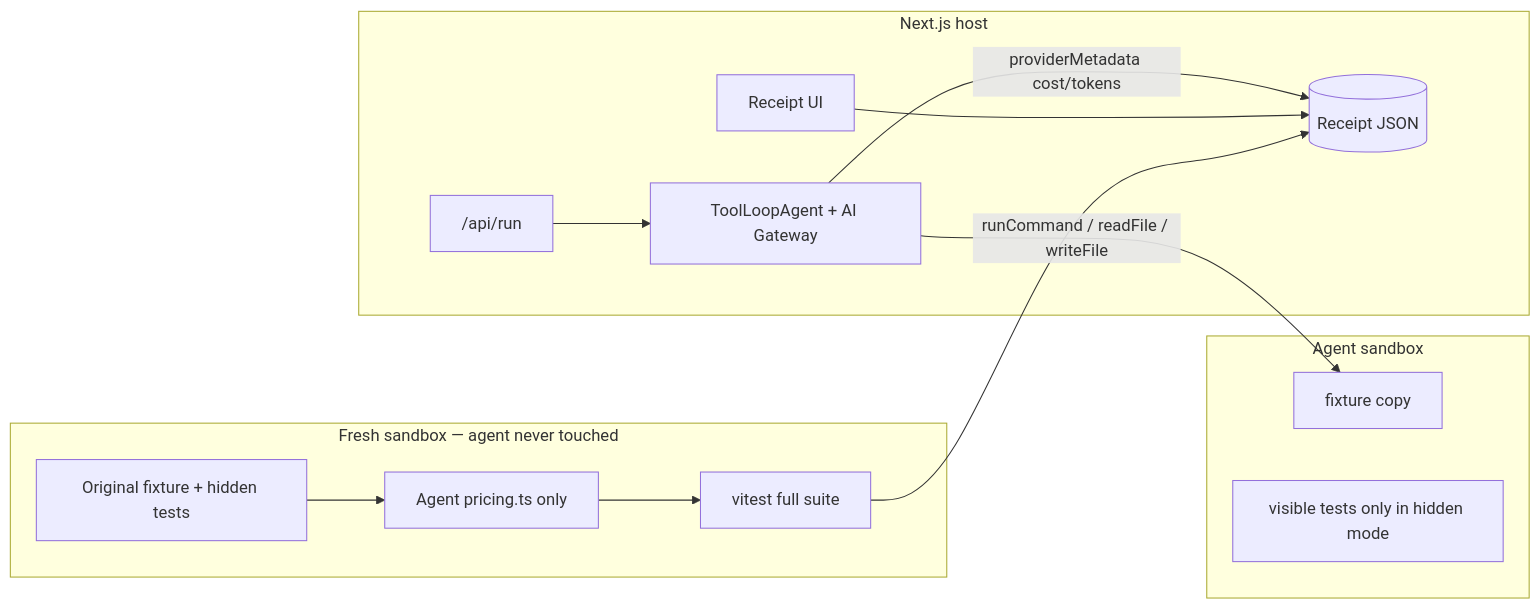
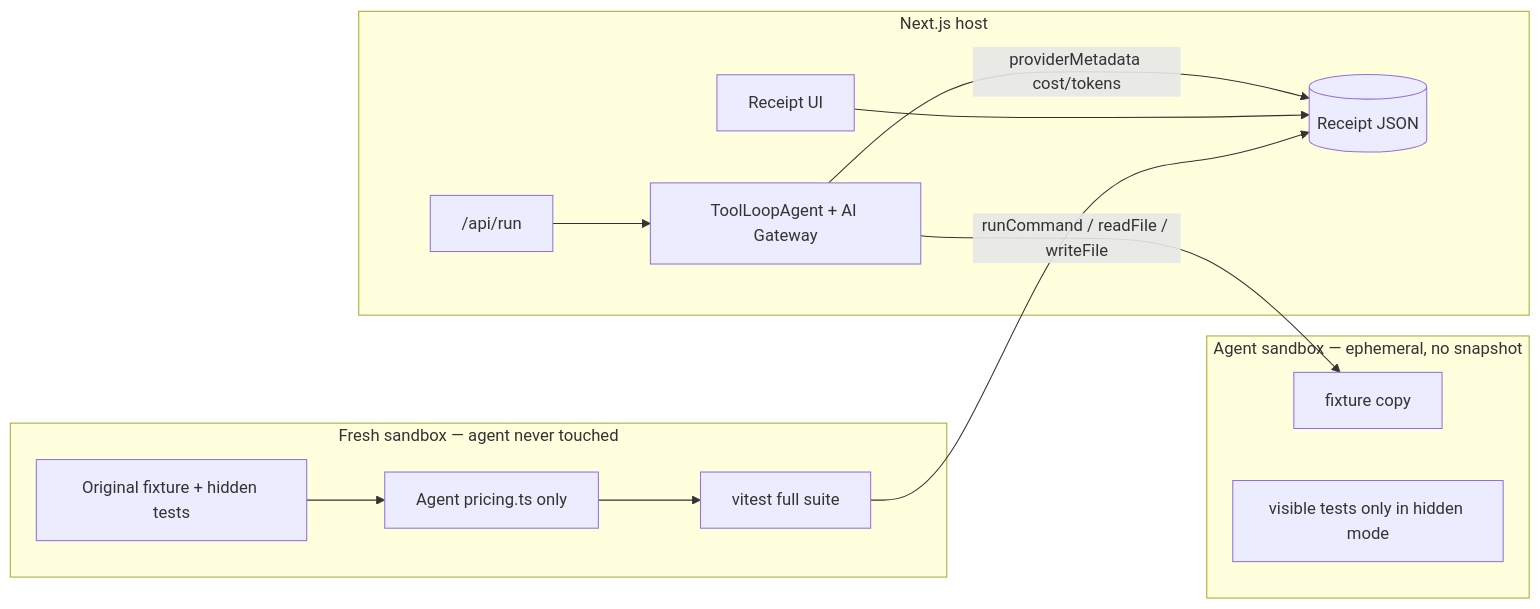
Before and after one commit to debs-obrien/sandbox-verified-agent: the diagram in README.md, drawn with Mermaid. The commit also changed other lines of this file and 8 other files, not shown here.

````diff
--- a/README.md
+++ b/README.md
@@ -31,24 +31,24 @@
 ```mermaid
 flowchart LR
   subgraph Host["Next.js host"]
     UI[Receipt UI]
     API["/api/run"]
     Agent["ToolLoopAgent + AI Gateway"]
     API --> Agent
     Agent -->|providerMetadata cost/tokens| Receipt[(Receipt JSON)]
     UI --> Receipt
   end
 
-  subgraph AgentSBX["Agent sandbox"]
+  subgraph AgentSBX["Agent sandbox — ephemeral, no snapshot"]
     Fix[fixture copy]
     Visible[visible tests only in hidden mode]
     Agent -->|runCommand / readFile / writeFile| Fix
   end
 
   subgraph Verify["Fresh sandbox — agent never touched"]
     Pristine[Original fixture + hidden tests]
     Diff[Agent pricing.ts only]
     Tests[vitest full suite]
     Pristine --> Diff --> Tests --> Receipt
   end
 ```
````
